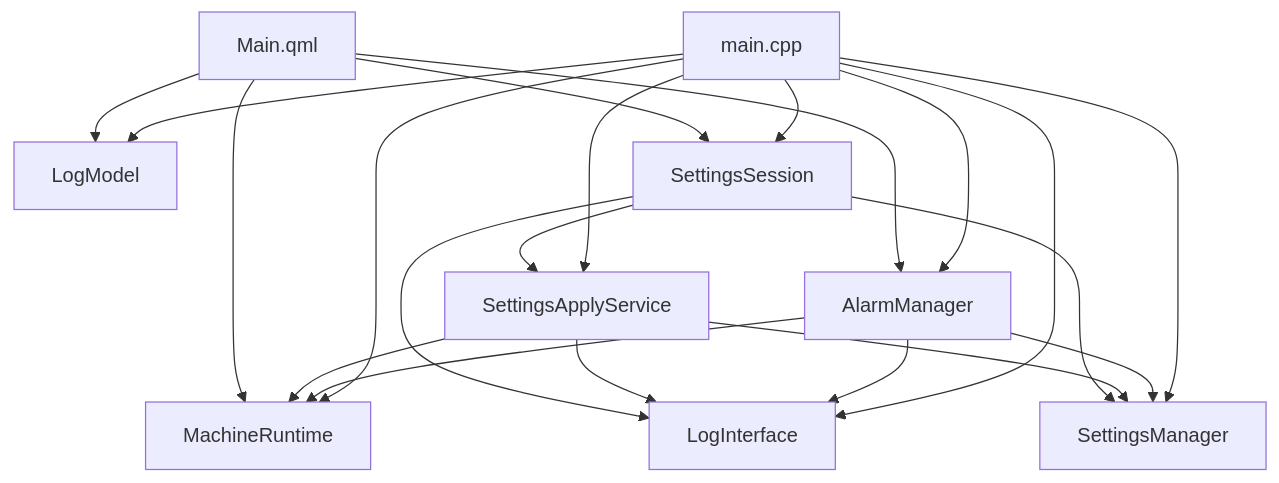
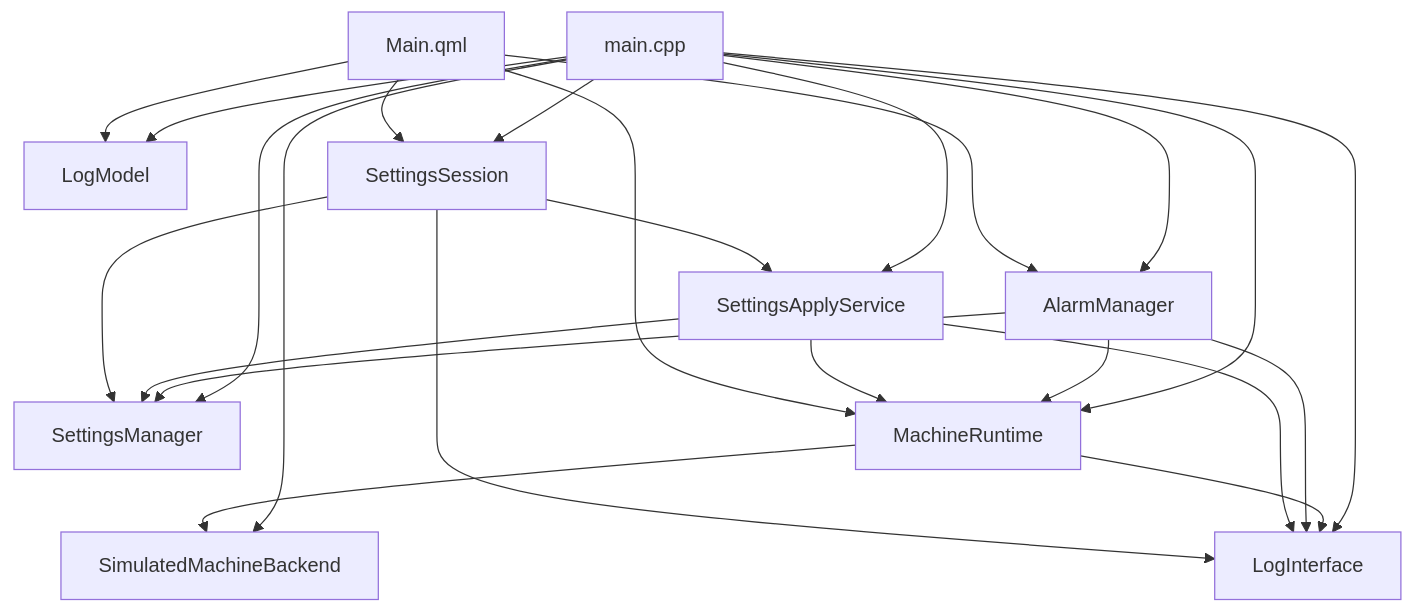
One commit to cequnyang/DevicePilotHMI changed the diagram in README.md. Above: the diagram before and after it, drawn with Mermaid. The commit also changed other lines of this file and 15 other files, not shown here.

Commit message:
Refactor runtime backend integration and latch fault state

````diff
--- a/README.md
+++ b/README.md
@@ -135,27 +137,31 @@
 ```mermaid
 graph TD
     A["main.cpp"] --> B["LogModel"]
     A --> C["LogInterface"]
     A --> D["SettingsManager"]
-    A --> E["MachineRuntime"]
-    A --> F["AlarmManager"]
-    A --> G["SettingsApplyService"]
-    A --> H["SettingsSession"]
+    A --> E["SimulatedMachineBackend"]
+    A --> F["MachineRuntime"]
+    A --> G["AlarmManager"]
+    A --> H["SettingsApplyService"]
+    A --> J["SettingsSession"]
 
     F --> C
-    F --> D
     F --> E
 
     G --> C
     G --> D
-    G --> E
+    G --> F
 
     H --> C
     H --> D
-    H --> G
+    H --> F
 
-    I["Main.qml"] --> E
-    I --> F
+    J --> C
+    J --> D
+    J --> H
+
+    I["Main.qml"] --> F
+    I --> G
     I --> B
-    I --> H
+    I --> J
 ```
````
